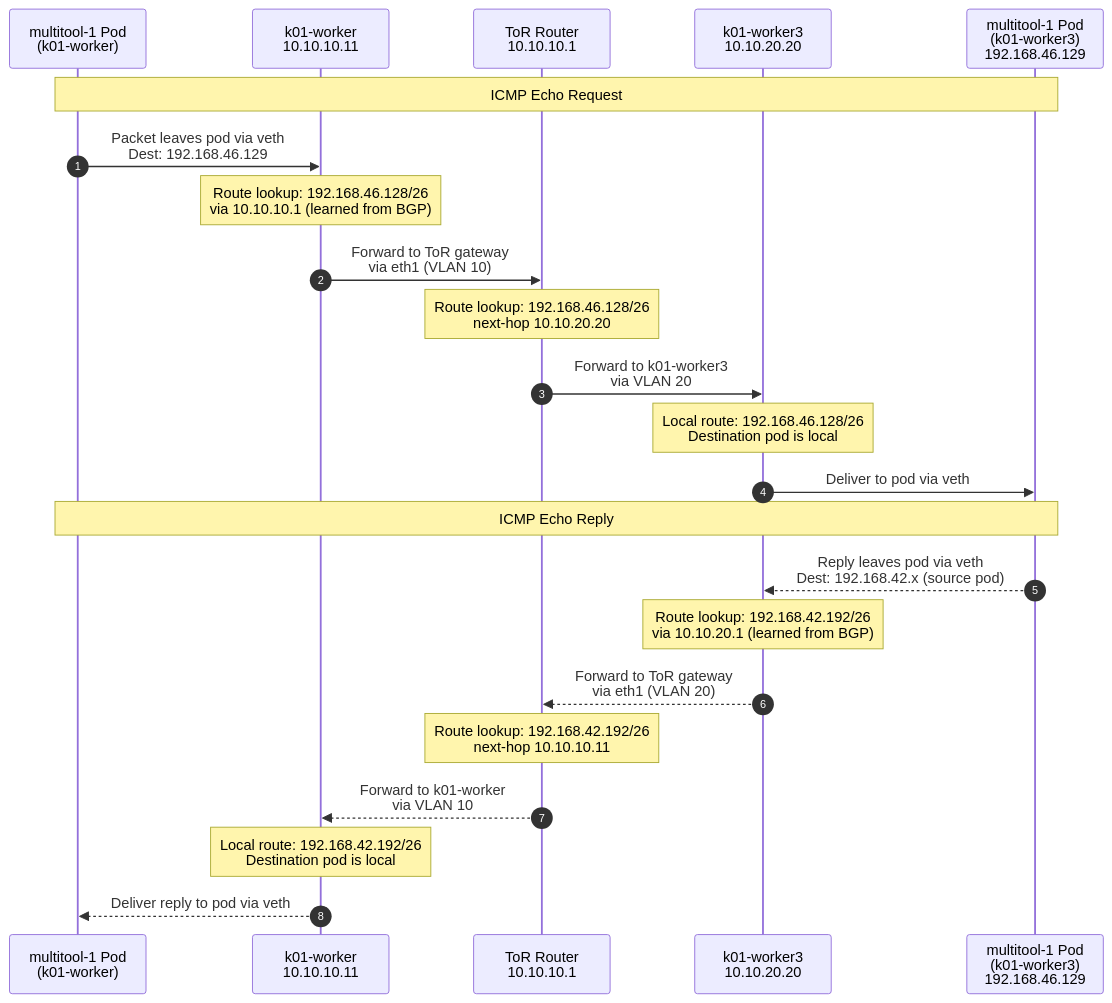
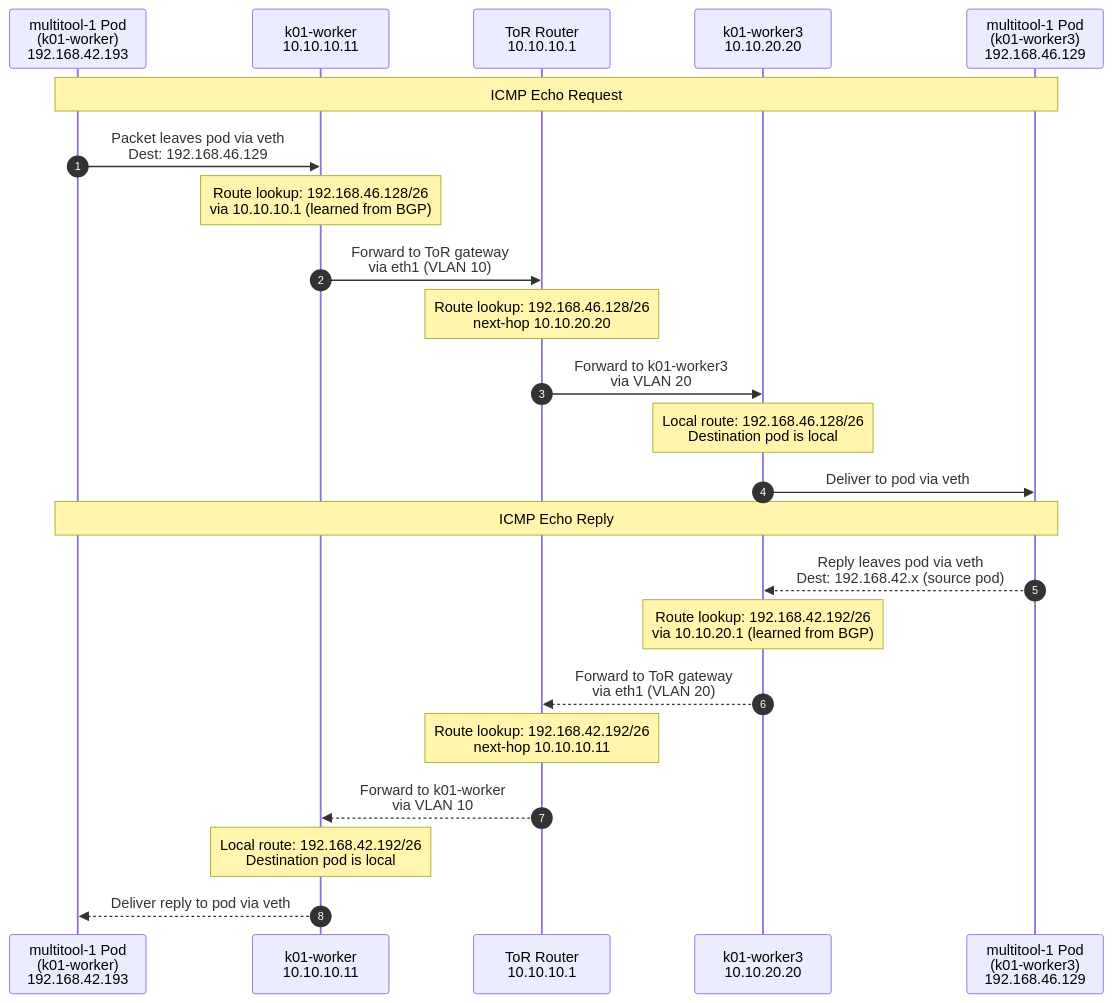
The fourth of 4 diagrams in containerlab/10-calico-bgp-ippool/README.md (aadhilam/k8-networking-calico-containerlab), drawn with Mermaid before and after one commit. The commit also changed other lines of this file, not shown here.

Commit message:
Update README.md with additional commands and outputs for pod IP retrieval and connectivity tests

````diff
--- a/containerlab/10-calico-bgp-ippool/README.md
+++ b/containerlab/10-calico-bgp-ippool/README.md
@@ -661,27 +672,27 @@
 ```mermaid
 sequenceDiagram
     autonumber
-    participant POD1 as multitool-1 Pod<br/>(k01-worker)
+    participant POD1 as multitool-1 Pod<br/>(k01-worker)<br/>192.168.42.193
     participant W1 as k01-worker<br/>10.10.10.11
     participant TOR as ToR Router<br/>10.10.10.1
     participant W3 as k01-worker3<br/>10.10.20.20
     participant POD2 as multitool-1 Pod<br/>(k01-worker3)<br/>192.168.46.129
 
     Note over POD1,POD2: ICMP Echo Request
     POD1->>W1: Packet leaves pod via veth<br/>Dest: 192.168.46.129
     Note over W1: Route lookup: 192.168.46.128/26<br/>via 10.10.10.1 (learned from BGP)
     W1->>TOR: Forward to ToR gateway<br/>via eth1 (VLAN 10)
     Note over TOR: Route lookup: 192.168.46.128/26<br/>next-hop 10.10.20.20
     TOR->>W3: Forward to k01-worker3<br/>via VLAN 20
     Note over W3: Local route: 192.168.46.128/26<br/>Destination pod is local
     W3->>POD2: Deliver to pod via veth
 
     Note over POD1,POD2: ICMP Echo Reply
     POD2-->>W3: Reply leaves pod via veth<br/>Dest: 192.168.42.x (source pod)
     Note over W3: Route lookup: 192.168.42.192/26<br/>via 10.10.20.1 (learned from BGP)
     W3-->>TOR: Forward to ToR gateway<br/>via eth1 (VLAN 20)
     Note over TOR: Route lookup: 192.168.42.192/26<br/>next-hop 10.10.10.11
     TOR-->>W1: Forward to k01-worker<br/>via VLAN 10
     Note over W1: Local route: 192.168.42.192/26<br/>Destination pod is local
     W1-->>POD1: Deliver reply to pod via veth
 ```
````
